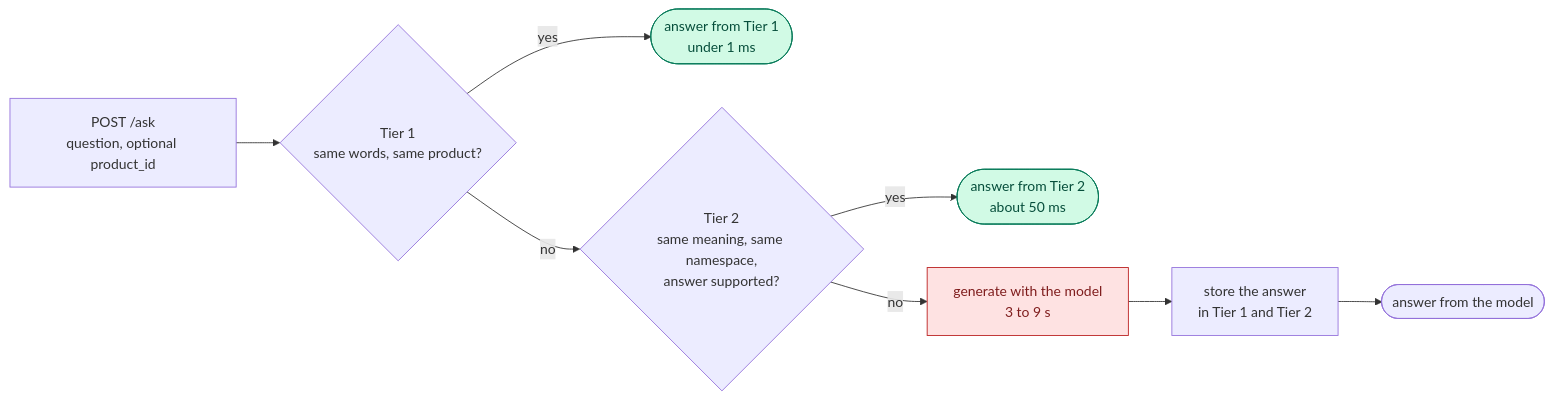
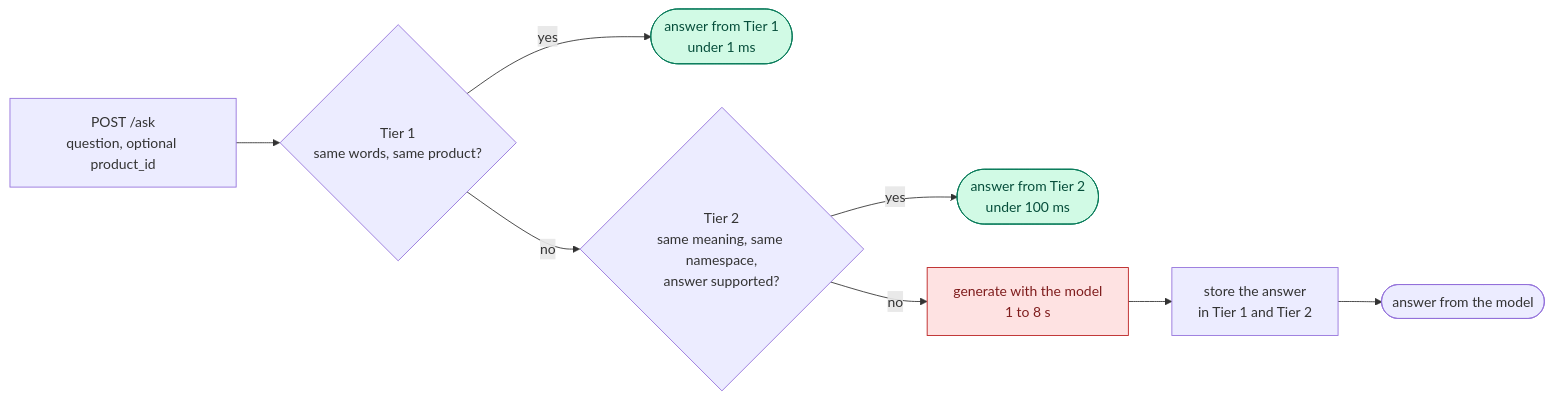
The first of 2 diagrams in docs/1-System Docs/Tier 2.md (hungCS22hcmiu/Scalable-QnA-Product-Specifications-and-Policies), drawn with Mermaid before and after one commit. The commit also changed other lines of this file and 18 other files, not shown here.

````diff
--- a/docs/1-System Docs/Tier 2.md
+++ b/docs/1-System Docs/Tier 2.md
@@ -145,15 +149,15 @@
 ```mermaid
 flowchart LR
     Q["POST /ask<br/>question, optional product_id"] --> T1{"Tier 1<br/>same words, same product?"}
     T1 -- yes --> A1(["answer from Tier 1<br/>under 1 ms"])
     T1 -- no --> T2{"Tier 2<br/>same meaning, same namespace,<br/>answer supported?"}
-    T2 -- yes --> A2(["answer from Tier 2<br/>about 50 ms"])
-    T2 -- no --> G["generate with the model<br/>3 to 9 s"]
+    T2 -- yes --> A2(["answer from Tier 2<br/>under 100 ms"])
+    T2 -- no --> G["generate with the model<br/>1 to 8 s"]
     G --> W["store the answer<br/>in Tier 1 and Tier 2"]
     W --> A3(["answer from the model"])
 
     classDef hit fill:#d1fae5,stroke:#047857,color:#064e3b
     classDef slow fill:#fee2e2,stroke:#b91c1c,color:#7f1d1d
     class A1,A2 hit
     class G slow
 ```
````
